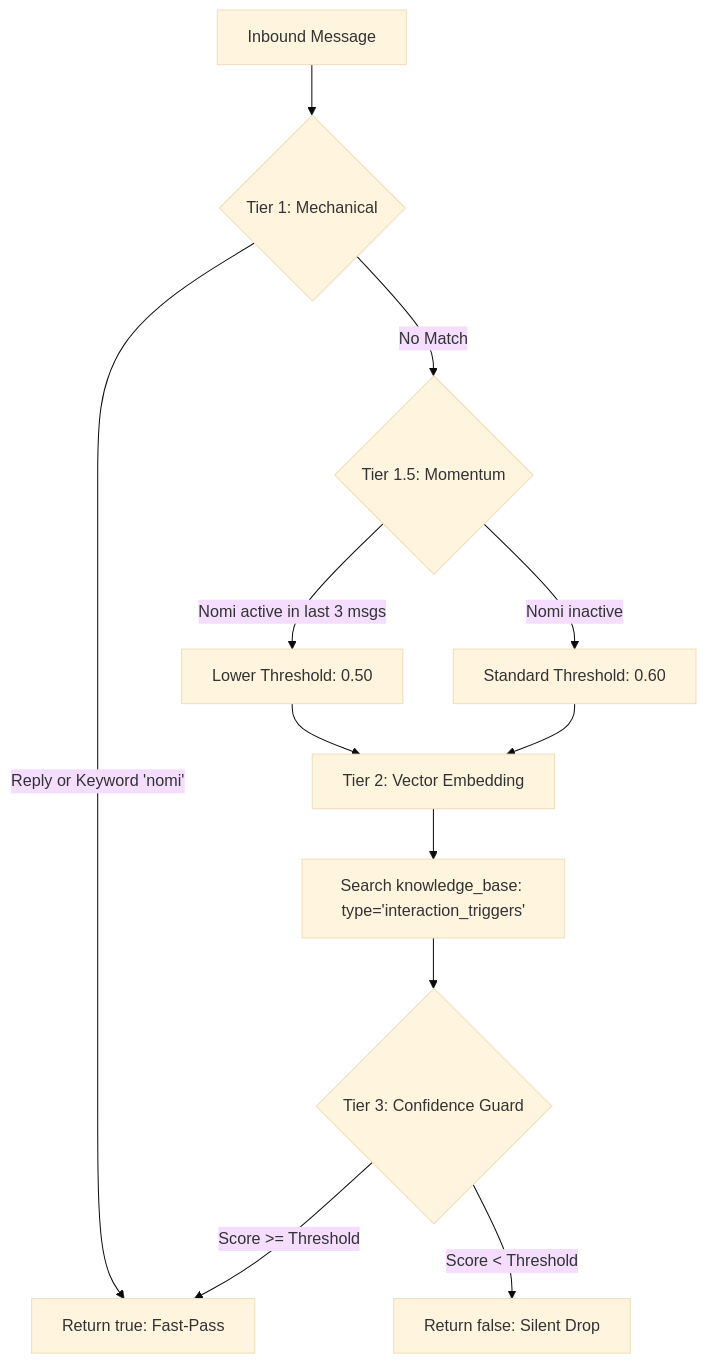
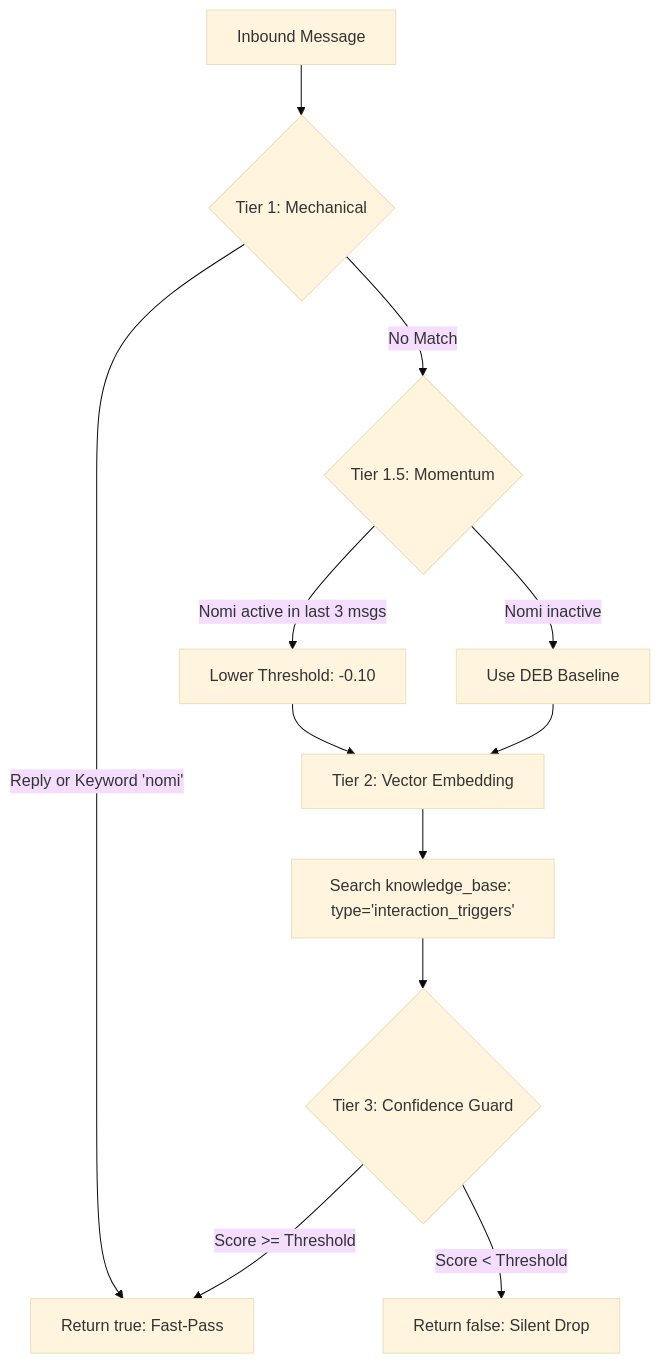
Before and after one commit to triandamai/nomi: the second of 5 diagrams in gateway-rust/README.md, drawn with Mermaid (base theme). The commit also changed other lines of this file and 33 other files, not shown here.

````diff
--- a/gateway-rust/README.md
+++ b/gateway-rust/README.md
@@ -83,14 +94,14 @@
 ```mermaid
 graph TD
     Start[Inbound Message] --> Tier1{Tier 1: Mechanical}
     Tier1 -->|Reply or Keyword 'nomi'| Yes[Return true: Fast-Pass]
     Tier1 -->|No Match| Tier15{Tier 1.5: Momentum}
-    Tier15 -->|Nomi active in last 3 msgs| Boost[Lower Threshold: 0.50]
-    Tier15 -->|Nomi inactive| Std[Standard Threshold: 0.60]
+    Tier15 -->|Nomi active in last 3 msgs| Boost[Lower Threshold: -0.10]
+    Tier15 -->|Nomi inactive| Std[Use DEB Baseline]
     Boost --> Tier2[Tier 2: Vector Embedding]
     Std --> Tier2
     Tier2 --> Search[Search knowledge_base: type='interaction_triggers']
     Search --> Tier3{Tier 3: Confidence Guard}
     Tier3 -->|Score >= Threshold| Yes
     Tier3 -->|Score < Threshold| No[Return false: Silent Drop]
 ```
````
